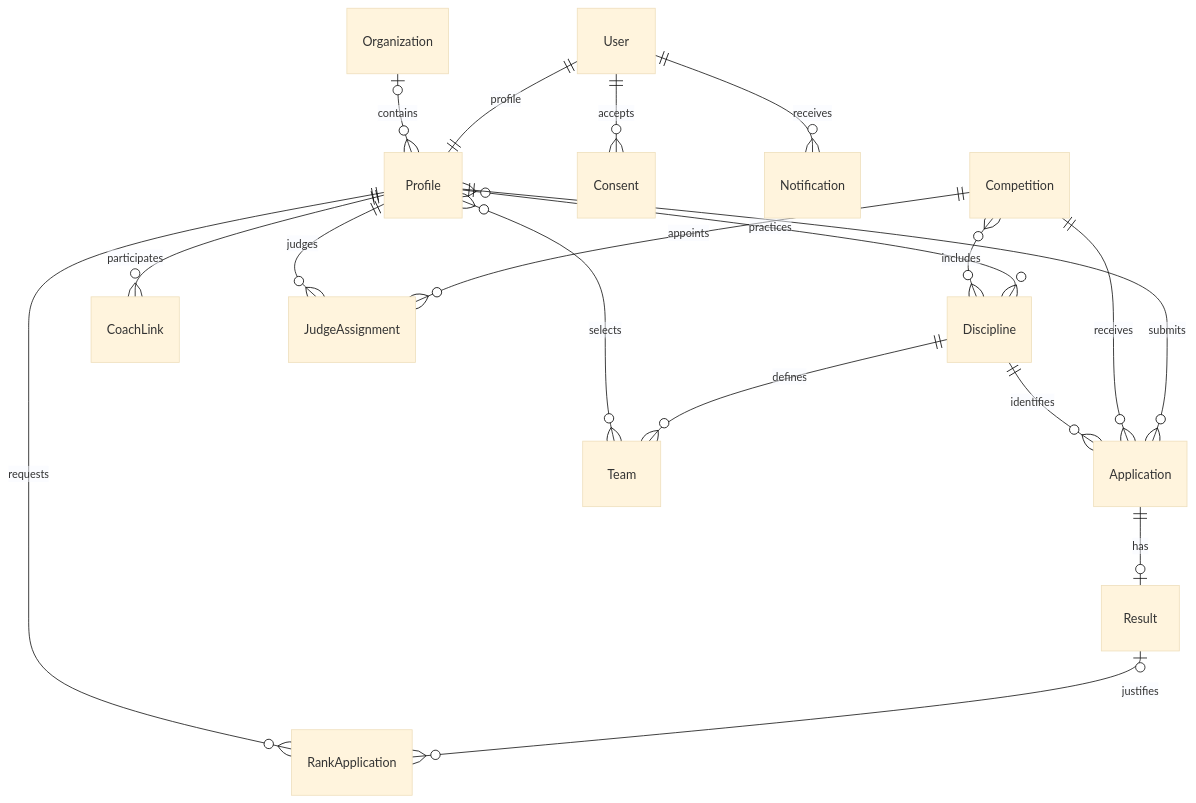
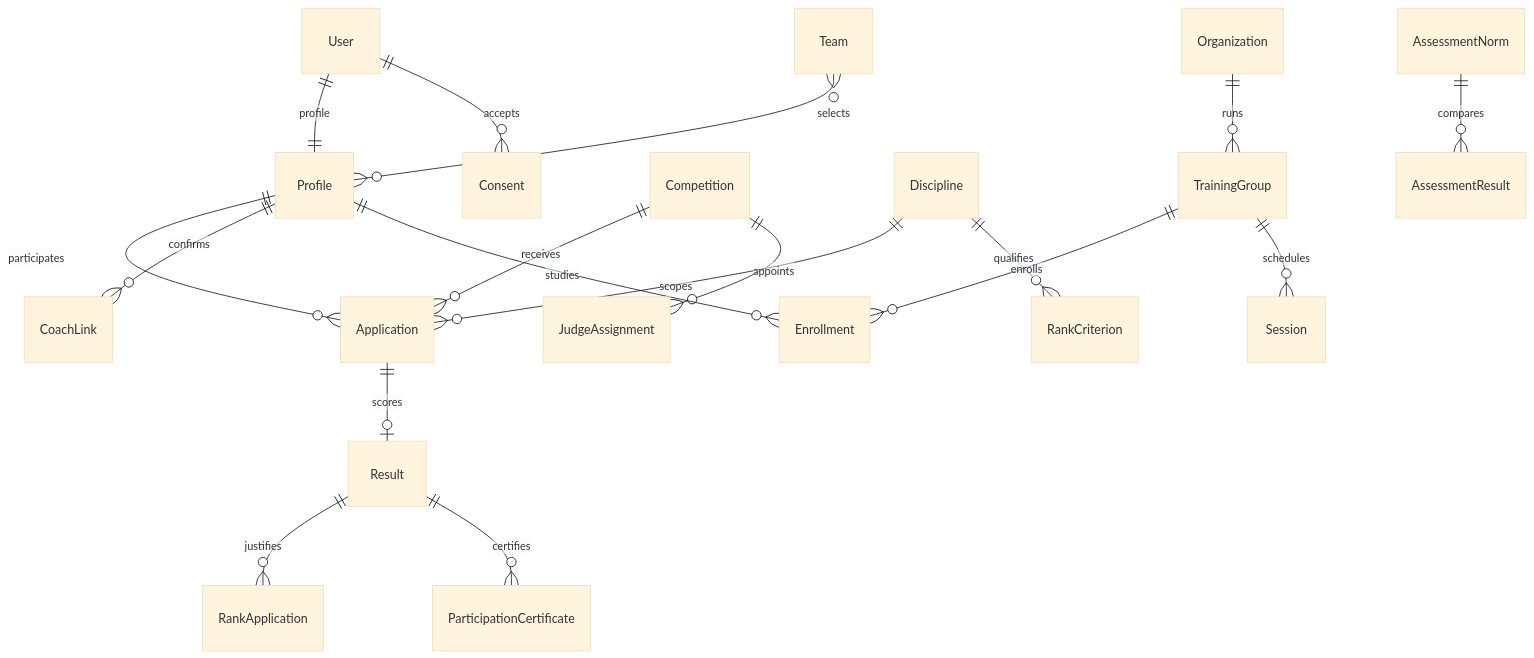
One commit to Markon123/pyton changed the diagram in docs/architecture.md. Above: the diagram before and after it, drawn with Mermaid (base theme). The commit also changed other lines of this file and 168 other files, not shown here.

````diff
--- a/docs/architecture.md
+++ b/docs/architecture.md
@@ -21,20 +20,20 @@
 ```mermaid
 erDiagram
     User ||--|| Profile : profile
     User ||--o{ Consent : accepts
-    User ||--o{ Notification : receives
-    Organization |o--o{ Profile : contains
-    Profile }o--o{ Discipline : practices
-    Competition }o--o{ Discipline : includes
-    Profile ||--o{ Application : submits
+    Profile ||--o{ Application : participates
     Competition ||--o{ Application : receives
-    Discipline ||--o{ Application : identifies
-    Application ||--o| Result : has
-    Result |o--o{ RankApplication : justifies
-    Profile ||--o{ RankApplication : requests
-    Profile ||--o{ CoachLink : participates
+    Discipline ||--o{ Application : scopes
+    Application ||--o| Result : scores
+    Result ||--o{ RankApplication : justifies
+    Profile ||--o{ CoachLink : confirms
     Competition ||--o{ JudgeAssignment : appoints
-    Profile ||--o{ JudgeAssignment : judges
     Team }o--o{ Profile : selects
-    Discipline ||--o{ Team : defines
+    Organization ||--o{ TrainingGroup : runs
+    TrainingGroup ||--o{ Enrollment : enrolls
+    Profile ||--o{ Enrollment : studies
+    TrainingGroup ||--o{ Session : schedules
+    AssessmentNorm ||--o{ AssessmentResult : compares
+    Result ||--o{ ParticipationCertificate : certifies
+    Discipline ||--o{ RankCriterion : qualifies
 ```
````
